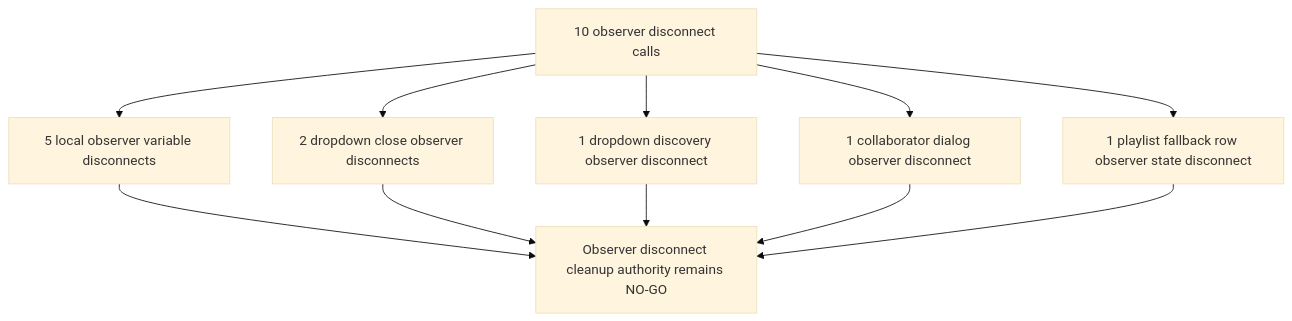
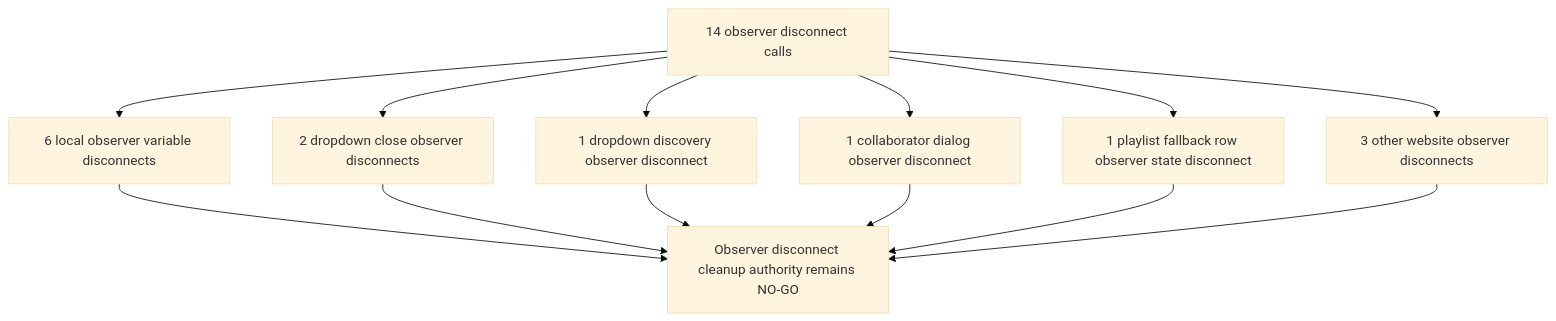
Before and after one commit to varshneydevansh/FilterTube: diagram 13 of 47 in docs/audit/FILTERTUBE_LIFECYCLE_INSTANCE_REGISTER_2026-05-18.md, drawn with Mermaid (base theme). The commit also changed other lines of this file and 8 other files, not shown here.

````diff
--- a/docs/audit/FILTERTUBE_LIFECYCLE_INSTANCE_REGISTER_2026-05-18.md
+++ b/docs/audit/FILTERTUBE_LIFECYCLE_INSTANCE_REGISTER_2026-05-18.md
@@ -1166,13 +1181,15 @@
 ```mermaid
 flowchart TD
-  A["10 observer disconnect calls"] --> B["5 local observer variable disconnects"]
+  A["14 observer disconnect calls"] --> B["6 local observer variable disconnects"]
   A --> C["2 dropdown close observer disconnects"]
   A --> D["1 dropdown discovery observer disconnect"]
   A --> E["1 collaborator dialog observer disconnect"]
   A --> F["1 playlist fallback row observer state disconnect"]
+  A --> Z["3 other website observer disconnects"]
   B --> G["Observer disconnect cleanup authority remains NO-GO"]
   C --> G
   D --> G
   E --> G
   F --> G
+  Z --> G
 ```
````
